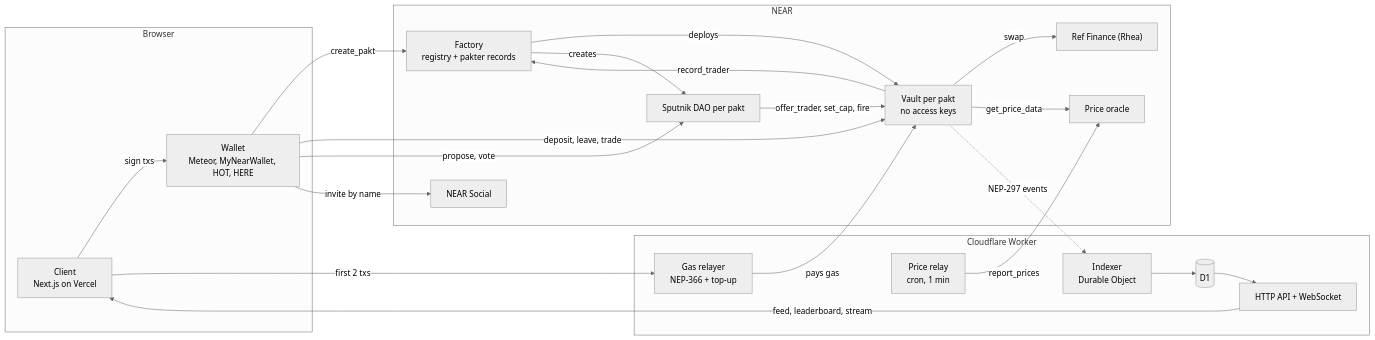
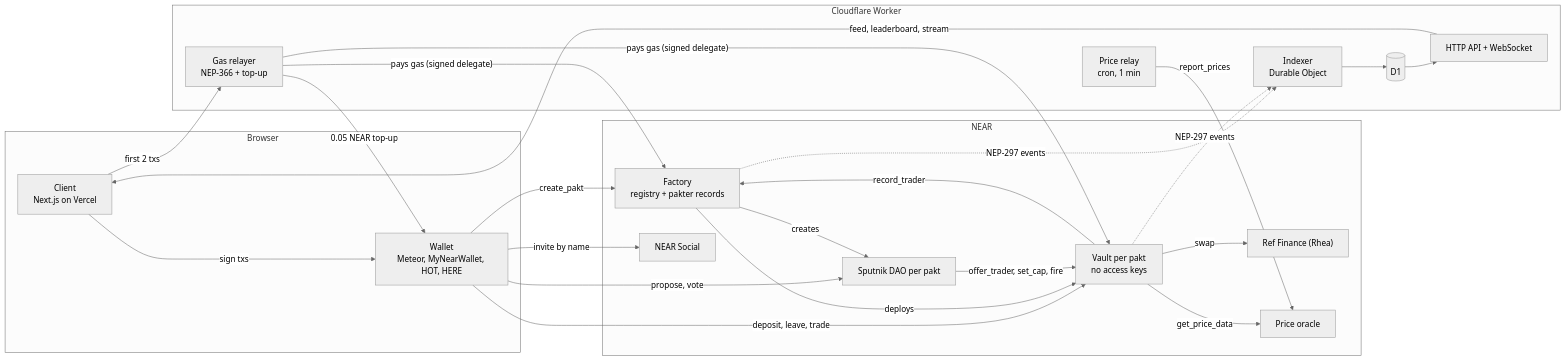
The first of 2 diagrams in README.md (swarupasaha2005-hue/pakt), drawn with Mermaid (neutral theme) before and after one commit. The commit also changed other lines of this file and 6 other files, not shown here.

````diff
--- a/README.md
+++ b/README.md
@@ -172,42 +172,45 @@
 ```mermaid
 flowchart LR
   subgraph User["Browser"]
     C["Client<br/>Next.js on Vercel"]
     W["Wallet<br/>Meteor, MyNearWallet, HOT, HERE"]
   end
 
   subgraph Chain["NEAR"]
     F["Factory<br/>registry + pakter records"]
     V["Vault per pakt<br/>no access keys"]
     D["Sputnik DAO per pakt"]
     R["Ref Finance (Rhea)"]
     O["Price oracle"]
     S["NEAR Social"]
   end
 
   subgraph Backend["Cloudflare Worker"]
     I["Indexer<br/>Durable Object"]
     DB[("D1")]
     API["HTTP API + WebSocket"]
     RL["Gas relayer<br/>NEP-366 + top-up"]
     PR["Price relay<br/>cron, 1 min"]
   end
 
   C -- "sign txs" --> W
   W -- "create_pakt" --> F
   W -- "deposit, leave, trade" --> V
   W -- "propose, vote" --> D
   W -- "invite by name" --> S
   F -- "deploys" --> V
   F -- "creates" --> D
   D -- "offer_trader, set_cap, fire" --> V
   V -- "swap" --> R
   V -- "get_price_data" --> O
   V -- "record_trader" --> F
+  F -. "NEP-297 events" .-> I
   V -. "NEP-297 events" .-> I
   I --> DB --> API
   API -- "feed, leaderboard, stream" --> C
   C -- "first 2 txs" --> RL
-  RL -- "pays gas" --> V
+  RL -- "pays gas (signed delegate)" --> F
+  RL -- "pays gas (signed delegate)" --> V
+  RL -- "0.05 NEAR top-up" --> W
   PR -- "report_prices" --> O
 ```
````
